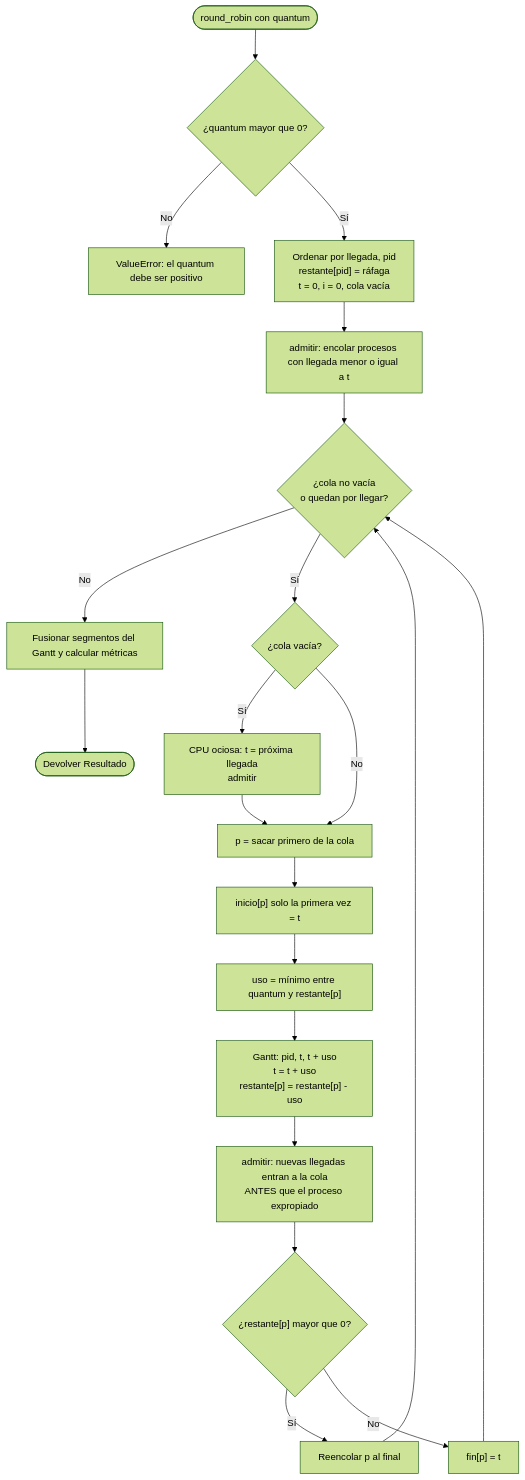
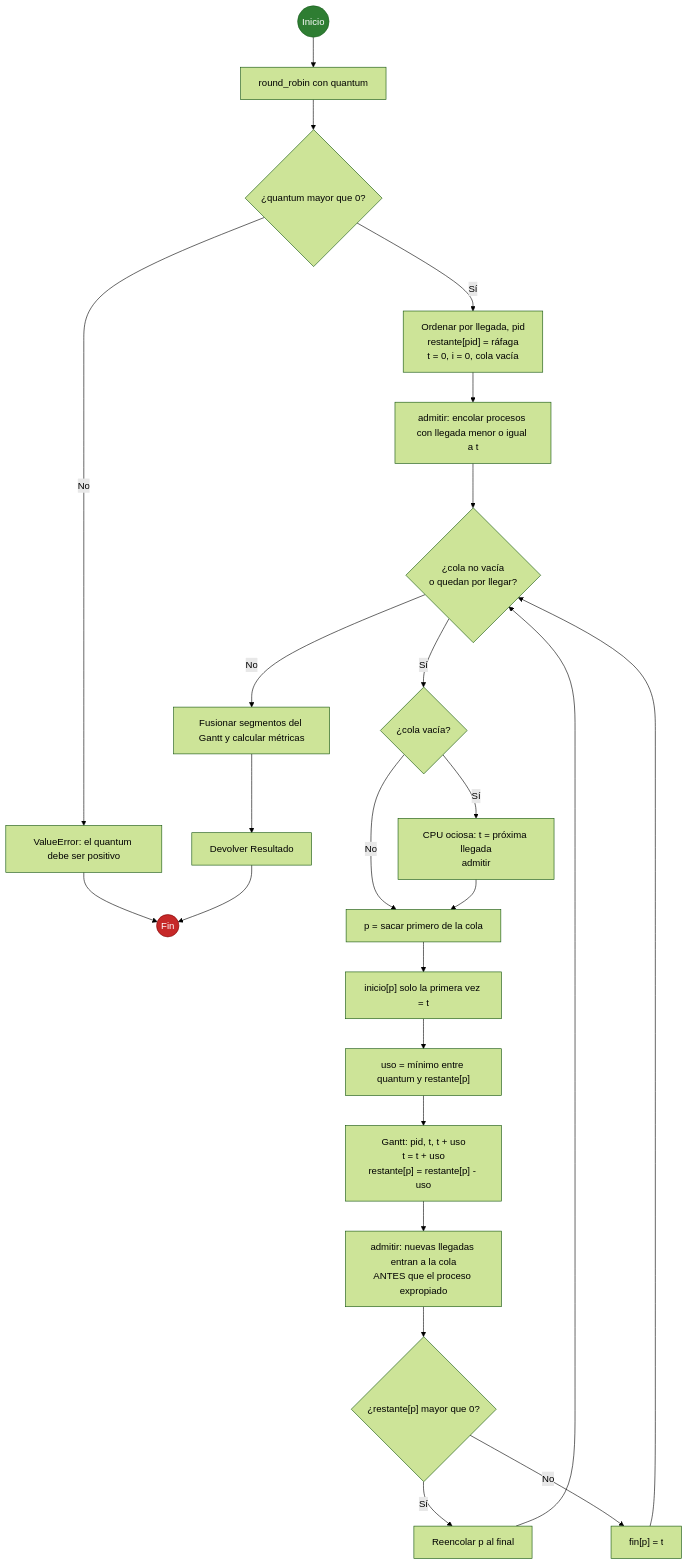
One commit to mjoacobf/SI421V_SW407V_Proyecto changed the diagram in docs/flujogramas/08_planificador_round_robin.mmd. Above: the diagram before and after it, drawn with Mermaid (forest theme). The commit also changed 24 other files, not shown here.

```diff
--- a/docs/flujogramas/08_planificador_round_robin.mmd
+++ b/docs/flujogramas/08_planificador_round_robin.mmd
@@ -1,21 +1,29 @@
 flowchart TD
-    A(["round_robin con quantum"]) --> B{"¿quantum mayor que 0?"}
+    INI(("Inicio")) --> A["round_robin con quantum"]
+    A --> B{"¿quantum mayor que 0?"}
     B -- "No" --> BE["ValueError: el quantum debe ser positivo"]
+    BE --> FIN(("Fin"))
     B -- "Sí" --> C["Ordenar por llegada, pid<br/>restante[pid] = ráfaga<br/>t = 0, i = 0, cola vacía"]
     C --> D["admitir: encolar procesos con llegada menor o igual a t"]
     D --> E{"¿cola no vacía<br/>o quedan por llegar?"}
     E -- "No" --> Z["Fusionar segmentos del Gantt y calcular métricas"]
     E -- "Sí" --> F{"¿cola vacía?"}
     F -- "Sí" --> G["CPU ociosa: t = próxima llegada<br/>admitir"]
     F -- "No" --> H
     G --> H["p = sacar primero de la cola"]
     H --> I["inicio[p] solo la primera vez = t"]
     I --> J["uso = mínimo entre quantum y restante[p]"]
     J --> K["Gantt: pid, t, t + uso<br/>t = t + uso<br/>restante[p] = restante[p] - uso"]
     K --> L["admitir: nuevas llegadas entran a la cola<br/>ANTES que el proceso expropiado"]
     L --> M{"¿restante[p] mayor que 0?"}
     M -- "Sí" --> N["Reencolar p al final"]
     M -- "No" --> O["fin[p] = t"]
     N --> E
     O --> E
-    Z --> R(["Devolver Resultado"])
+    Z --> R["Devolver Resultado"]
+    R --> FIN
+
+    classDef inicio fill:#2e7d32,stroke:#1b5e20,color:#ffffff
+    classDef fin fill:#c62828,stroke:#7f0000,color:#ffffff
+    class INI inicio
+    class FIN fin
```
